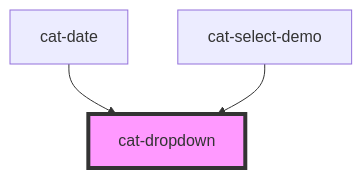
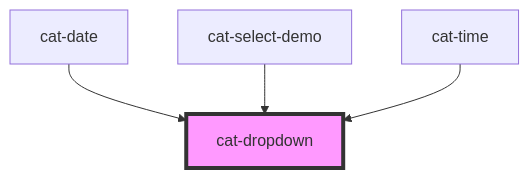
One commit to haiilo/catalyst changed the diagram in core/src/components/cat-dropdown/readme.md. Above: the diagram before and after it, drawn with Mermaid. The commit also changed other lines of this file and 11 other files, not shown here.

````diff
--- a/core/src/components/cat-dropdown/readme.md
+++ b/core/src/components/cat-dropdown/readme.md
@@ -67,6 +68,7 @@
 ```mermaid
 graph TD;
   cat-date --> cat-dropdown
   cat-select-demo --> cat-dropdown
+  cat-time --> cat-dropdown
   style cat-dropdown fill:#f9f,stroke:#333,stroke-width:4px
 ```
````
